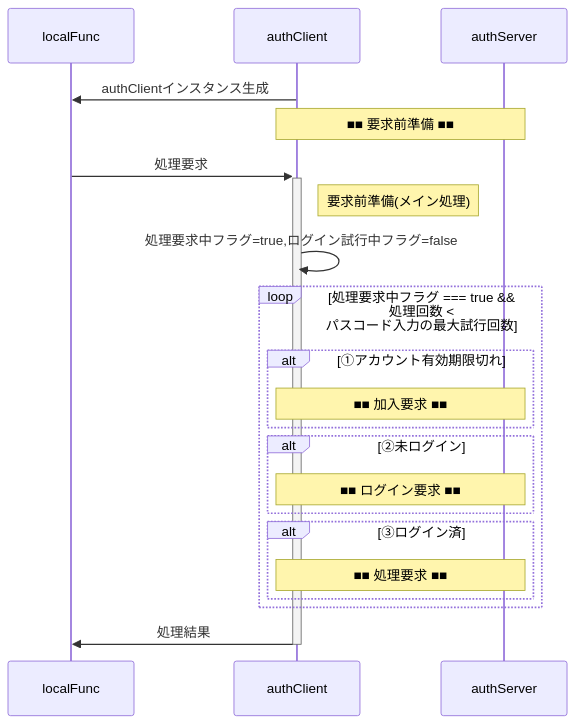
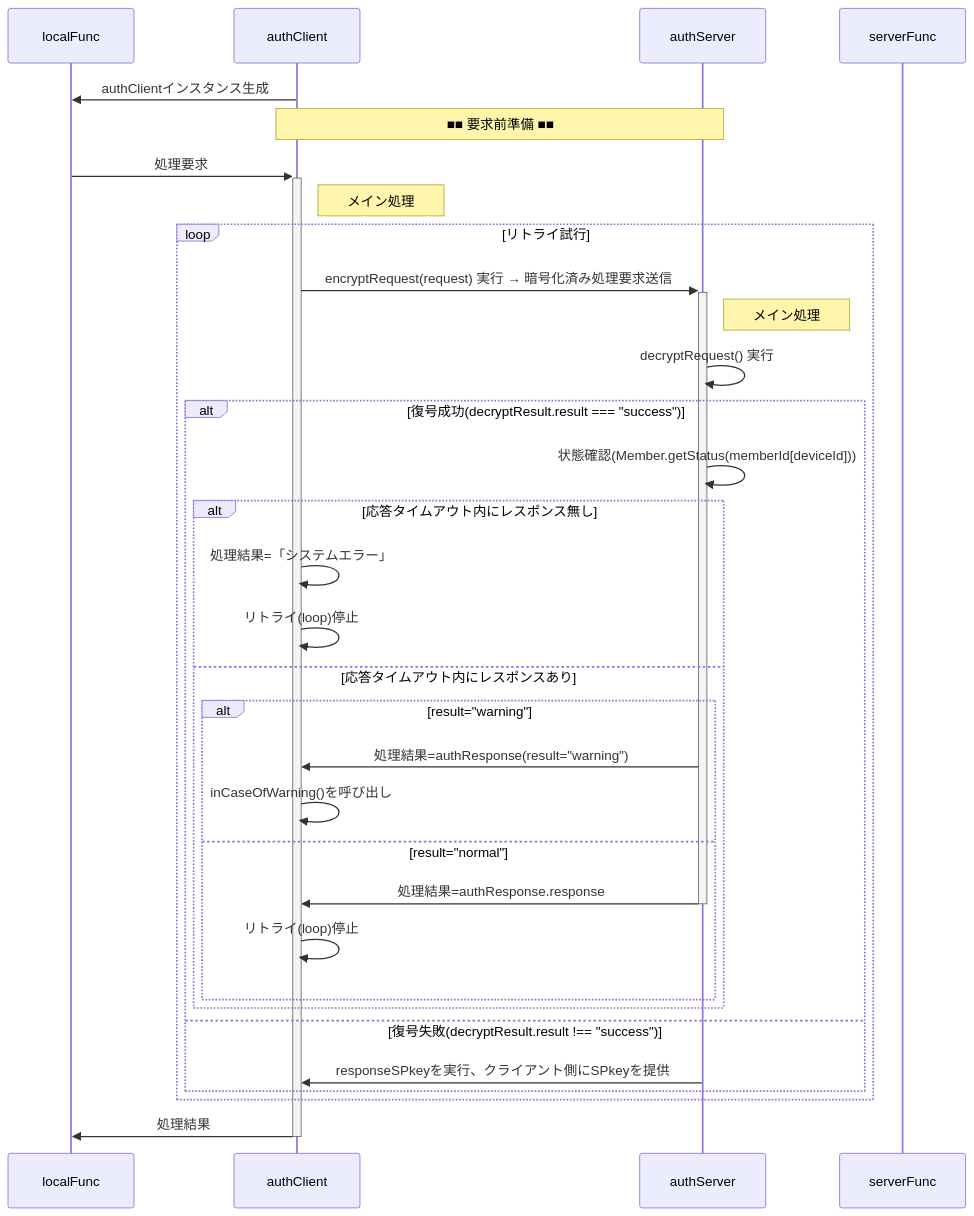
The diagram in underDev/Auth/doc/summary.mermaid (nakaone/library), drawn with Mermaid before and after one commit. The commit also changed 11 other files, not shown here.

```diff
--- a/underDev/Auth/doc/summary.mermaid
+++ b/underDev/Auth/doc/summary.mermaid
@@ -1,34 +1,41 @@
 sequenceDiagram
   %%actor user
   participant localFunc
   %%participant clientMail
   %%participant encryptRequest
   %%participant IndexedDB
   participant authClient
   participant authServer
   %%participant memberList
   %%participant decryptRequest
-  %%participant serverFunc
+  participant serverFunc
   %%actor admin
 
   authClient->>localFunc: authClientインスタンス生成
   Note over authClient,authServer: ■■ 要求前準備 ■■
   localFunc->>+authClient: 処理要求
-  Note right of authClient: 要求前準備(メイン処理)
+  Note right of authClient: メイン処理
 
-  authClient->>authClient: 処理要求中フラグ=true,ログイン試行中フラグ=false
-  loop 処理要求中フラグ === true && 処理回数 < パスコード入力の最大試行回数
-
-    alt ①アカウント有効期限切れ
-      Note over authClient,authServer: ■■ 加入要求 ■■
-    end
-
-    alt ②未ログイン
-      Note over authClient,authServer: ■■ ログイン要求 ■■
-    end
-
-    alt ③ログイン済
-      Note over authClient,authServer: ■■ 処理要求 ■■
+  loop リトライ試行
+    authClient->>+authServer: encryptRequest(request) 実行 → 暗号化済み処理要求送信
+    Note right of authServer: メイン処理
+    authServer->>authServer: decryptRequest() 実行
+    alt 復号成功(decryptResult.result === "success")
+      authServer->>authServer: 状態確認(Member.getStatus(memberId[deviceId]))
+      alt 応答タイムアウト内にレスポンス無し
+        authClient->>authClient: 処理結果=「システムエラー」
+        authClient->>authClient: リトライ(loop)停止
+      else 応答タイムアウト内にレスポンスあり
+        alt result="warning"
+          authServer->>authClient: 処理結果=authResponse(result="warning")
+          authClient->>authClient: inCaseOfWarning()を呼び出し
+        else result="normal"
+          authServer->>-authClient: 処理結果=authResponse.response
+          authClient->>authClient: リトライ(loop)停止
+        end
+      end
+    else 復号失敗(decryptResult.result !== "success")
+      authServer->>authClient: responseSPkeyを実行、クライアント側にSPkeyを提供
     end
   end
   authClient->>-localFunc: 処理結果
```
